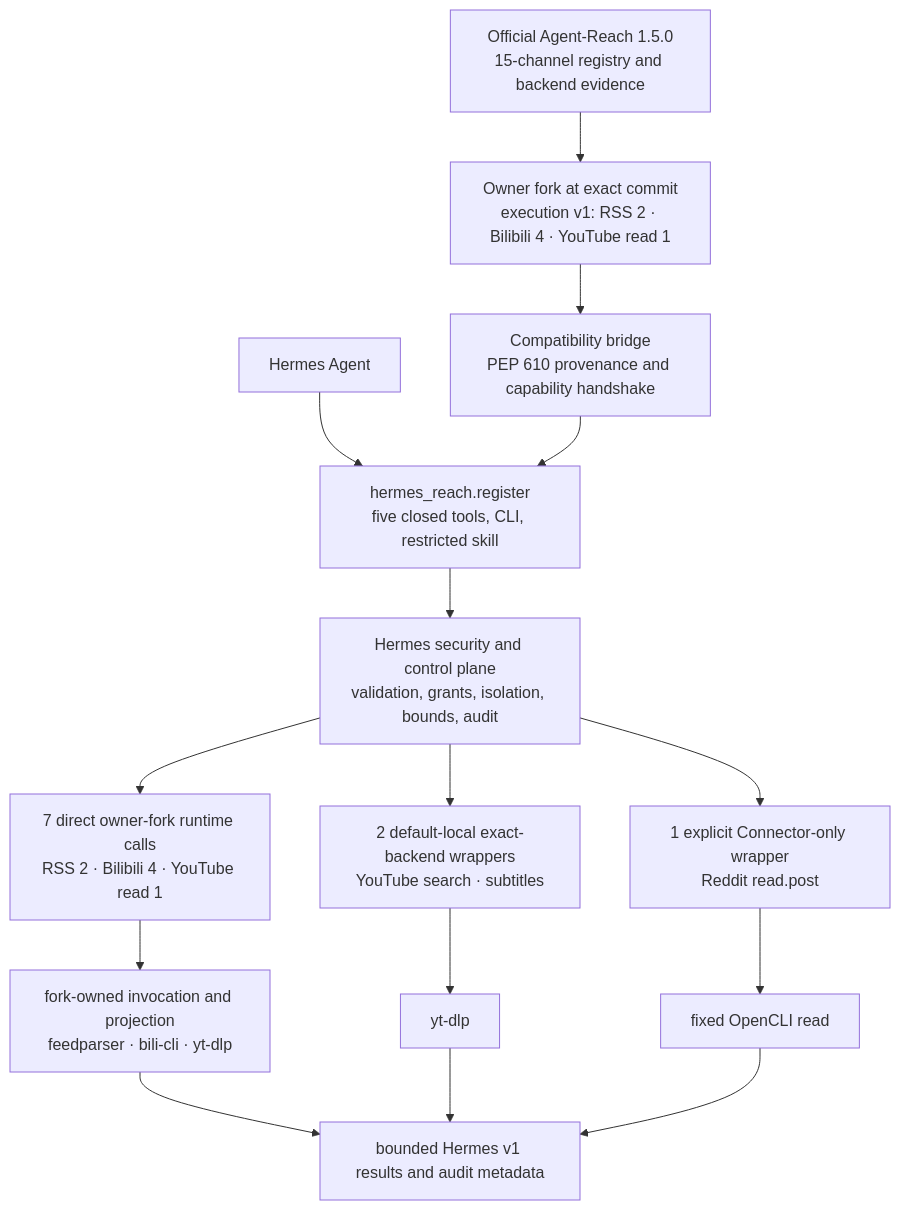
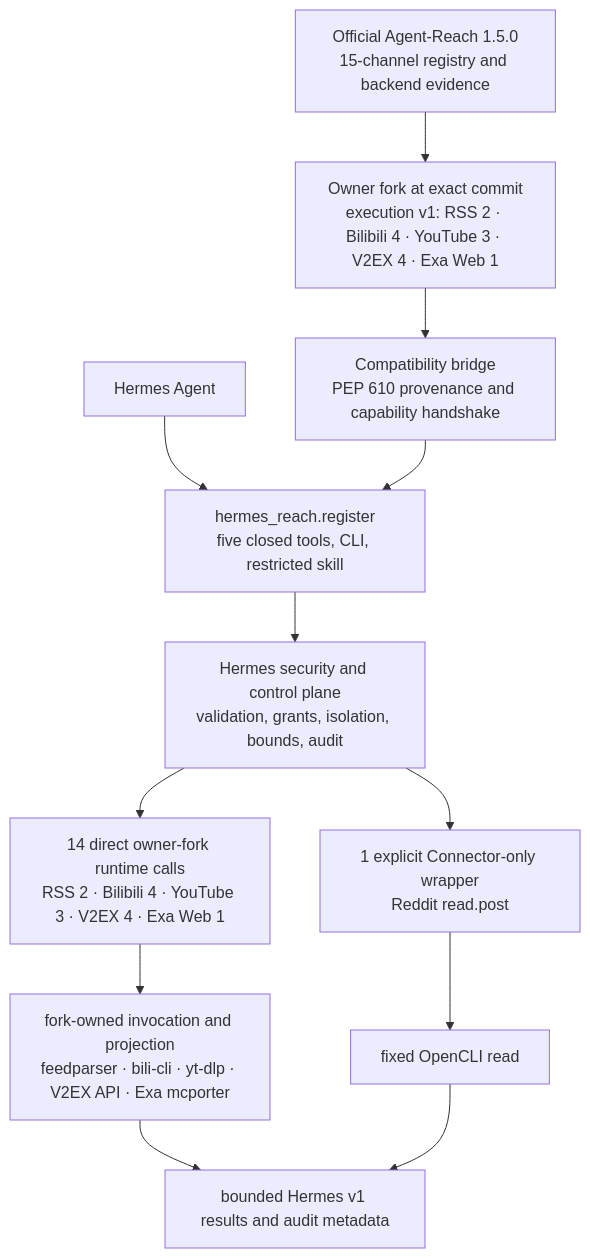
Before and after one commit to izumi0uu/hermes-reach: the diagram in docs/agent-reach-plugin-boundary.md, drawn with Mermaid. The commit also changed other lines of this file and 55 other files, not shown here.

Commit message:
feat(agent-reach): execute public platform batch through fork runtime

````diff
--- a/docs/agent-reach-plugin-boundary.md
+++ b/docs/agent-reach-plugin-boundary.md
@@ -24,17 +24,14 @@
 ```mermaid
 flowchart TD
-    Official["Official Agent-Reach 1.5.0<br/>15-channel registry and backend evidence"] --> Fork["Owner fork at exact commit<br/>execution v1: RSS 2 · Bilibili 4 · YouTube read 1"]
+    Official["Official Agent-Reach 1.5.0<br/>15-channel registry and backend evidence"] --> Fork["Owner fork at exact commit<br/>execution v1: RSS 2 · Bilibili 4 · YouTube 3 · V2EX 4 · Exa Web 1"]
     Fork --> Bridge["Compatibility bridge<br/>PEP 610 provenance and capability handshake"]
     Hermes["Hermes Agent"] --> Entry["hermes_reach.register<br/>five closed tools, CLI, restricted skill"]
     Bridge --> Entry
     Entry --> Control["Hermes security and control plane<br/>validation, grants, isolation, bounds, audit"]
-    Control --> ForkOps["7 direct owner-fork runtime calls<br/>RSS 2 · Bilibili 4 · YouTube read 1"]
-    Control --> Local["2 default-local exact-backend wrappers<br/>YouTube search · subtitles"]
+    Control --> ForkOps["14 direct owner-fork runtime calls<br/>RSS 2 · Bilibili 4 · YouTube 3 · V2EX 4 · Exa Web 1"]
     Control --> Remote["1 explicit Connector-only wrapper<br/>Reddit read.post"]
-    ForkOps --> ForkBackends["fork-owned invocation and projection<br/>feedparser · bili-cli · yt-dlp"]
-    Local --> Backends["yt-dlp"]
+    ForkOps --> ForkBackends["fork-owned invocation and projection<br/>feedparser · bili-cli · yt-dlp · V2EX API · Exa mcporter"]
     Remote --> OpenCLI["fixed OpenCLI read"]
     ForkBackends --> Results["bounded Hermes v1 results and audit metadata"]
-    Backends --> Results
     OpenCLI --> Results
 ```
````
